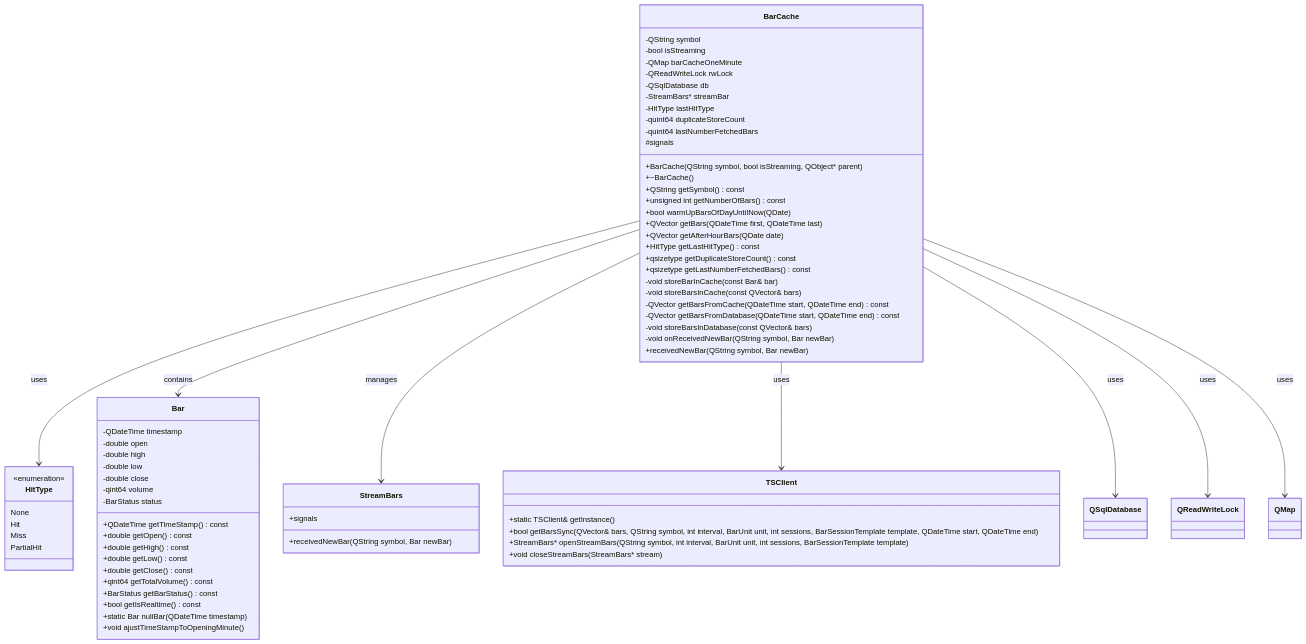
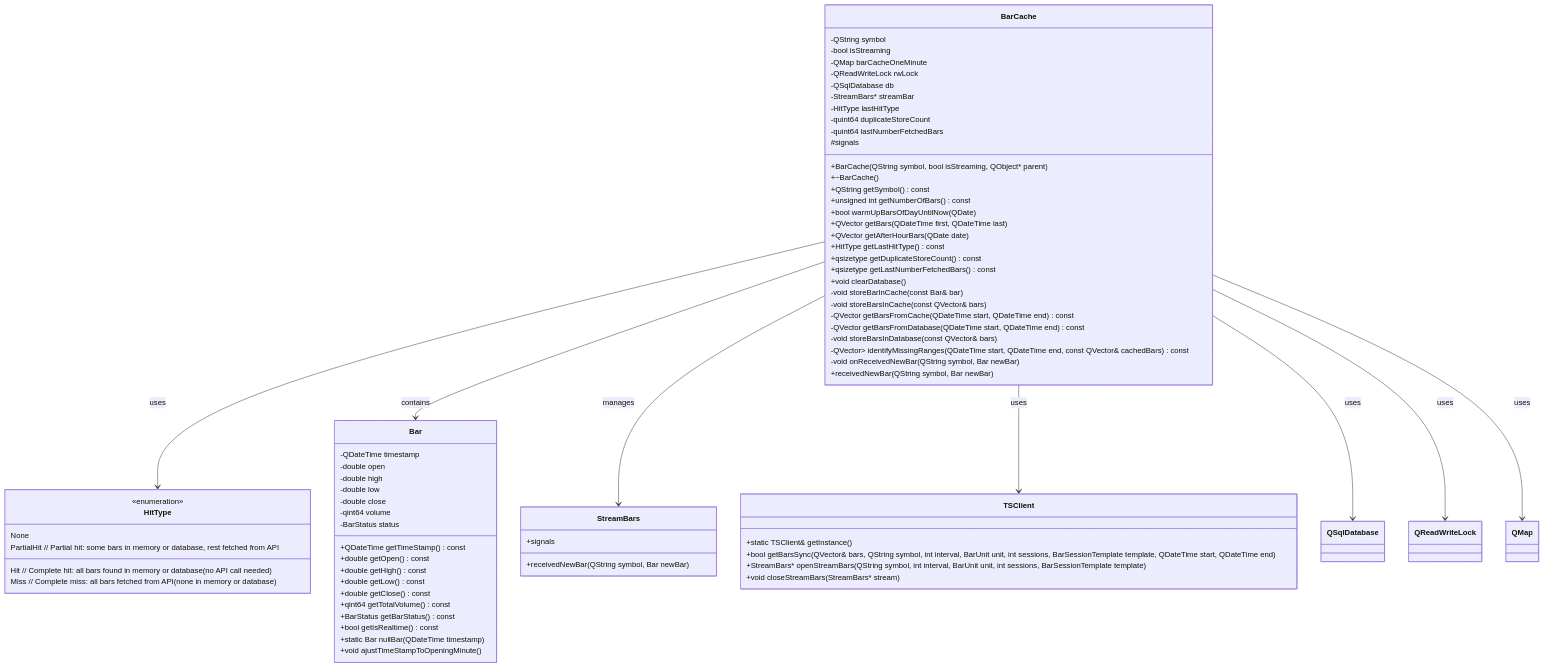
The first of 6 diagrams in src/Core/Cache/BarCache/BarCache.md (simonbeaudoin0935/OpenTraderPlatform), drawn with Mermaid before and after one commit. The commit also changed other lines of this file and 1 other file, not shown here.

First line of the commit message:
Optimize BarCache hierarchy and fix null bar detection

```diff
--- a/src/Core/Cache/BarCache/BarCache.md
+++ b/src/Core/Cache/BarCache/BarCache.md
@@ -25,12 +25,14 @@
         +HitType getLastHitType() const
         +qsizetype getDuplicateStoreCount() const
         +qsizetype getLastNumberFetchedBars() const
+        +void clearDatabase()
 
         -void storeBarInCache(const Bar& bar)
         -void storeBarsInCache(const QVector<Bar>& bars)
         -QVector<Bar> getBarsFromCache(QDateTime start, QDateTime end) const
         -QVector<Bar> getBarsFromDatabase(QDateTime start, QDateTime end) const
         -void storeBarsInDatabase(const QVector<Bar>& bars)
+        -QVector<QPair<QDateTime, QDateTime>> identifyMissingRanges(QDateTime start, QDateTime end, const QVector<Bar>& cachedBars) const
         -void onReceivedNewBar(QString symbol, Bar newBar)
 
         #signals
@@ -40,9 +42,9 @@
     class HitType {
         <<enumeration>>
         None
-        Hit
-        Miss
-        PartialHit
+        Hit        // Complete hit: all bars found in memory or database (no API call needed)
+        Miss       // Complete miss: all bars fetched from API (none in memory or database)
+        PartialHit // Partial hit: some bars in memory or database, rest fetched from API
     }
 
     class Bar {
```
